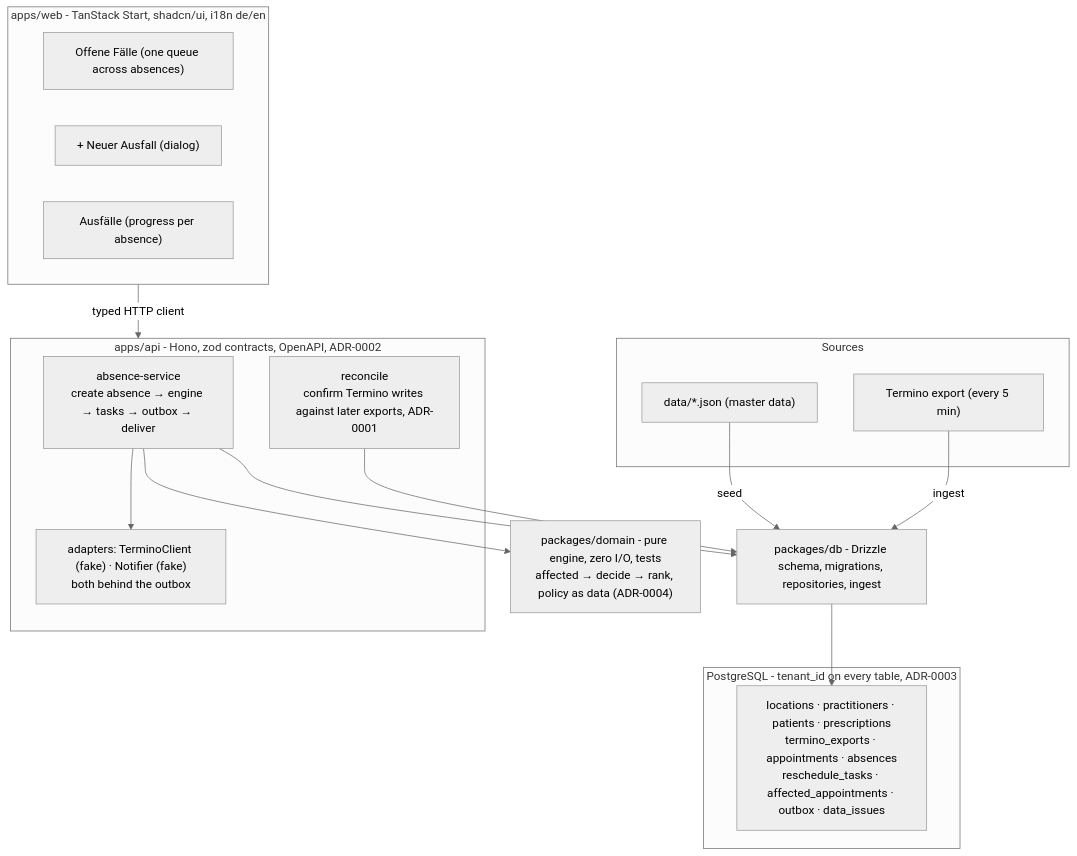
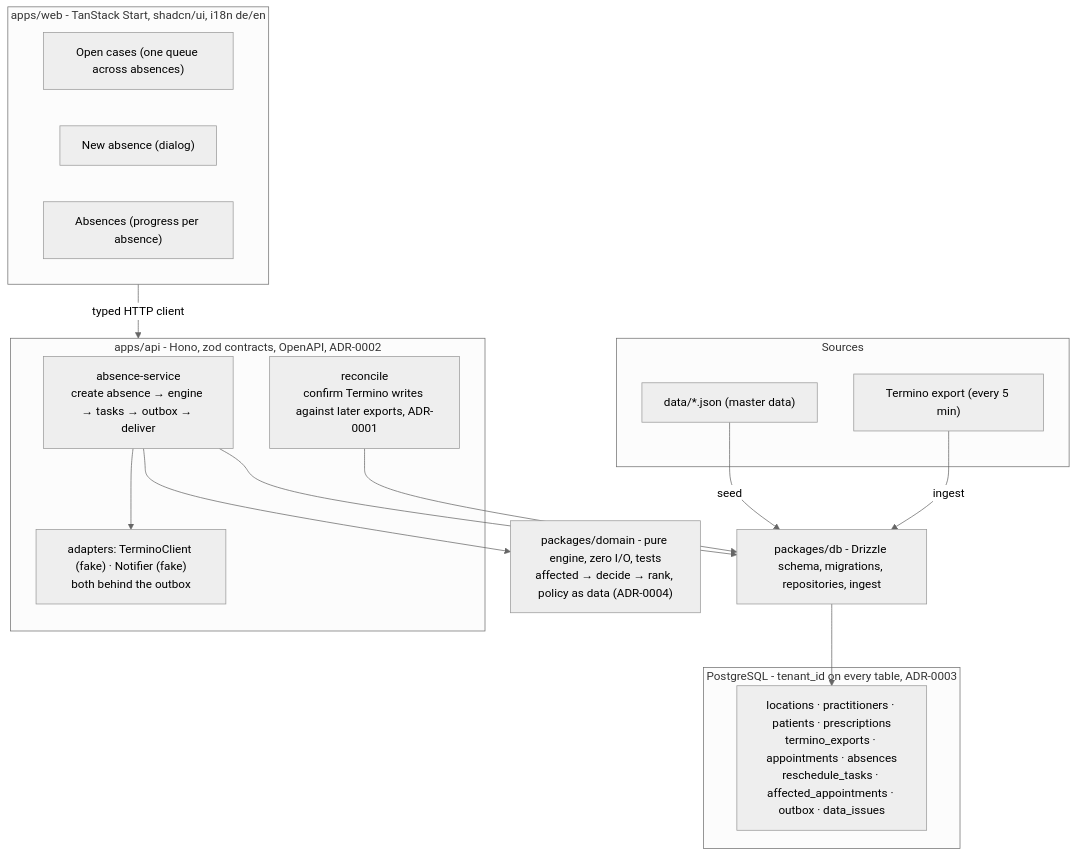
The first of 2 diagrams in ARCHITECTURE.md (homj/mpp-case-study-der-ausfall-implementation), drawn with Mermaid (neutral theme) before and after one commit. The commit also changed other lines of this file, not shown here.

First line of the commit message:
ARCHITECTURE: multi-tenant target as seven cornerstones

````diff
--- a/ARCHITECTURE.md
+++ b/ARCHITECTURE.md
@@ -15,35 +17,35 @@
 ```mermaid
 flowchart TB
   subgraph sources [Sources]
     seed["data/*.json (master data)"]
     export["Termino export (every 5 min)"]
   end
 
   subgraph db [PostgreSQL - tenant_id on every table, ADR-0003]
     tables["locations · practitioners · patients · prescriptions<br/>termino_exports · appointments · absences<br/>reschedule_tasks · affected_appointments · outbox · data_issues"]
   end
 
   subgraph api [apps/api - Hono, zod contracts, OpenAPI, ADR-0002]
     svc["absence-service<br/>create absence → engine → tasks → outbox → deliver"]
     rec["reconcile<br/>confirm Termino writes against later exports, ADR-0001"]
     adapters["adapters: TerminoClient (fake) · Notifier (fake)<br/>both behind the outbox"]
   end
 
   domain["packages/domain - pure engine, zero I/O, tests<br/>affected → decide → rank, policy as data (ADR-0004)"]
   dbpkg["packages/db - Drizzle schema, migrations, repositories, ingest"]
 
   subgraph web [apps/web - TanStack Start, shadcn/ui, i18n de/en]
-    queue["Offene Fälle (one queue across absences)"]
-    dialog["+ Neuer Ausfall (dialog)"]
-    list["Ausfälle (progress per absence)"]
+    queue["Open cases (one queue across absences)"]
+    dialog["New absence (dialog)"]
+    list["Absences (progress per absence)"]
   end
 
   seed -- seed --> dbpkg
   export -- ingest --> dbpkg
   dbpkg --> tables
   svc --> dbpkg
   rec --> dbpkg
   svc --> domain
   svc --> adapters
   web -- typed HTTP client --> api
 ```
````
